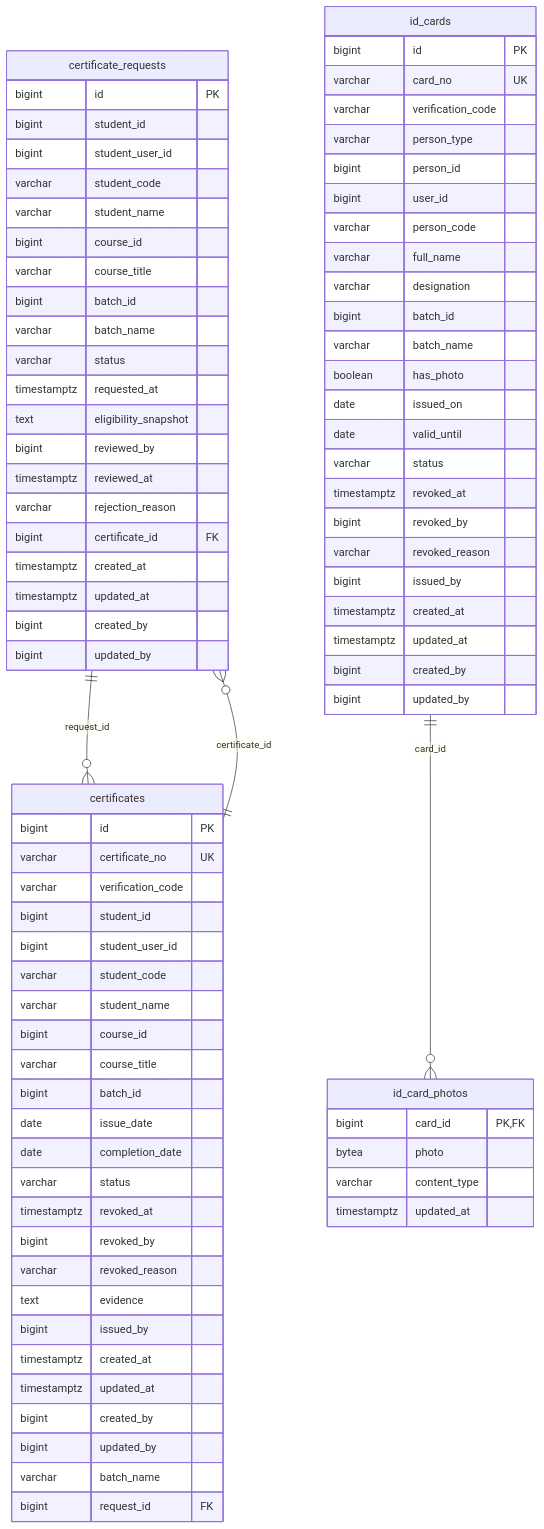
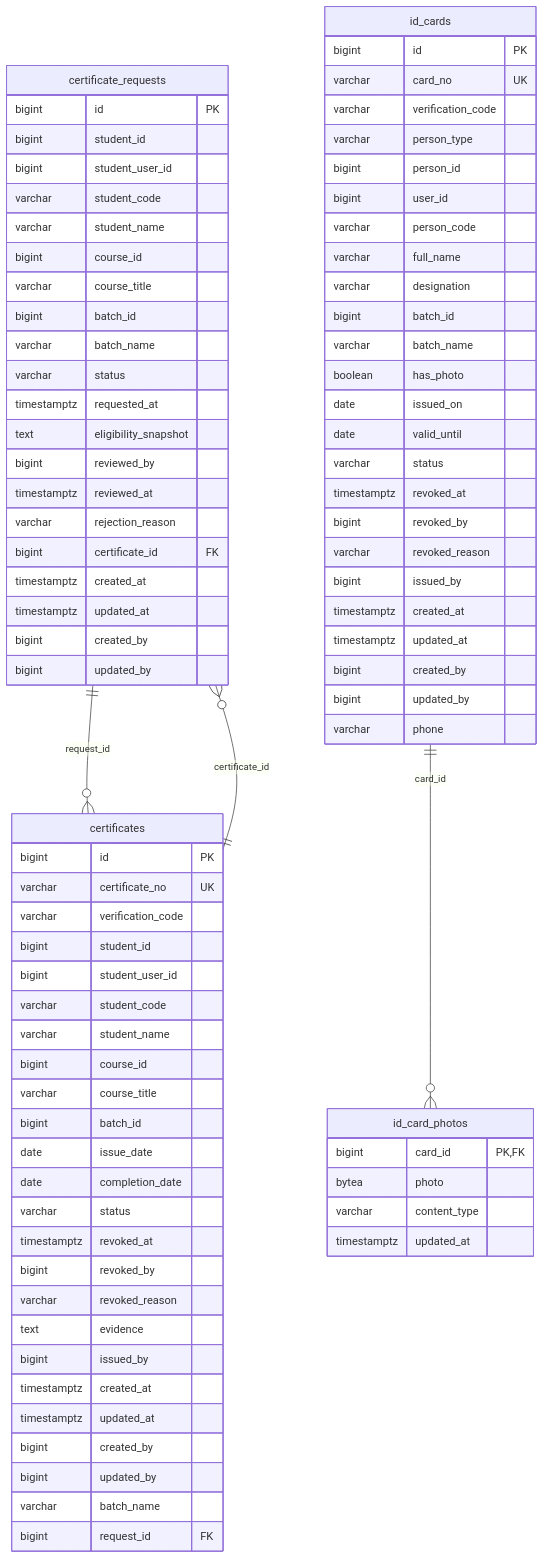
Before and after one commit to rohanrk2810/ITLMS: the diagram in docs/diagrams/db/certificate.mmd, drawn with Mermaid. The commit also changed 53 other files, not shown here.

```diff
--- a/docs/diagrams/db/certificate.mmd
+++ b/docs/diagrams/db/certificate.mmd
@@ -1,83 +1,84 @@
 erDiagram
     certificate_requests {
         bigint id PK
         bigint student_id
         bigint student_user_id
         varchar student_code
         varchar student_name
         bigint course_id
         varchar course_title
         bigint batch_id
         varchar batch_name
         varchar status
         timestamptz requested_at
         text eligibility_snapshot
         bigint reviewed_by
         timestamptz reviewed_at
         varchar rejection_reason
         bigint certificate_id FK
         timestamptz created_at
         timestamptz updated_at
         bigint created_by
         bigint updated_by
     }
     certificates {
         bigint id PK
         varchar certificate_no UK
         varchar verification_code
         bigint student_id
         bigint student_user_id
         varchar student_code
         varchar student_name
         bigint course_id
         varchar course_title
         bigint batch_id
         date issue_date
         date completion_date
         varchar status
         timestamptz revoked_at
         bigint revoked_by
         varchar revoked_reason
         text evidence
         bigint issued_by
         timestamptz created_at
         timestamptz updated_at
         bigint created_by
         bigint updated_by
         varchar batch_name
         bigint request_id FK
     }
     id_card_photos {
         bigint card_id PK,FK
         bytea photo
         varchar content_type
         timestamptz updated_at
     }
     id_cards {
         bigint id PK
         varchar card_no UK
         varchar verification_code
         varchar person_type
         bigint person_id
         bigint user_id
         varchar person_code
         varchar full_name
         varchar designation
         bigint batch_id
         varchar batch_name
         boolean has_photo
         date issued_on
         date valid_until
         varchar status
         timestamptz revoked_at
         bigint revoked_by
         varchar revoked_reason
         bigint issued_by
         timestamptz created_at
         timestamptz updated_at
         bigint created_by
         bigint updated_by
+        varchar phone
     }
     certificates ||--o{ certificate_requests : "certificate_id"
     certificate_requests ||--o{ certificates : "request_id"
     id_cards ||--o{ id_card_photos : "card_id"
```
